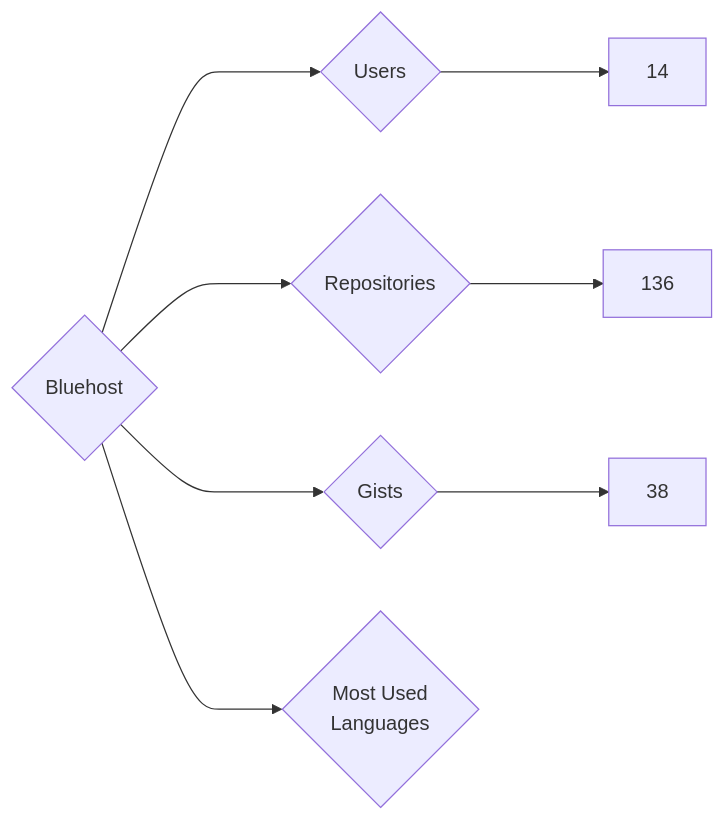
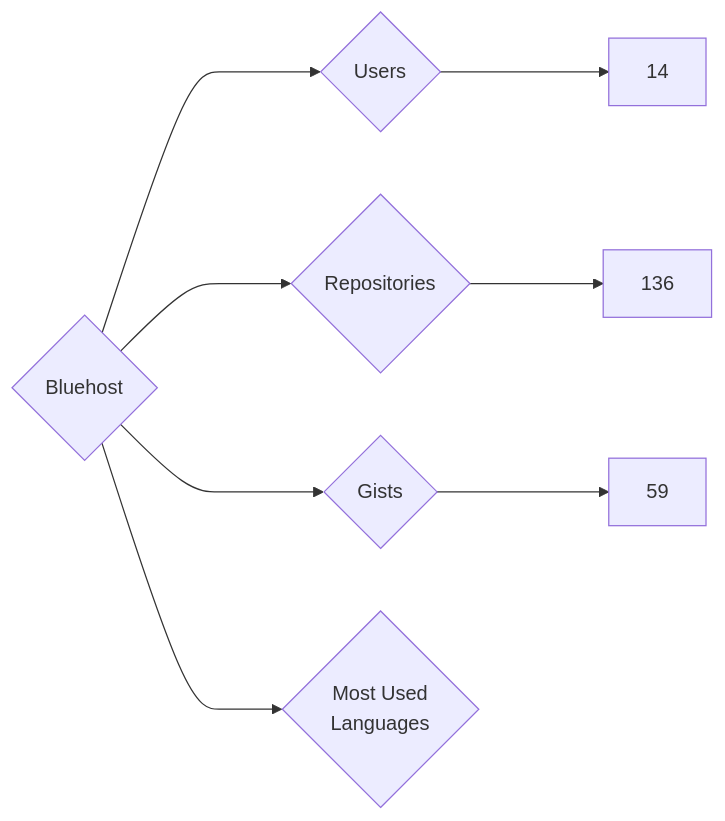
One commit to nenadzaric/insiders changed the diagram in targets/Bluehost/README.md. Above: the diagram before and after it, drawn with Mermaid. The commit also changed 1342 other files, not shown here.

````diff
--- a/targets/Bluehost/README.md
+++ b/targets/Bluehost/README.md
@@ -3,8 +3,8 @@
 ```mermaid
 graph LR
 COMPANY_NAME{Bluehost}
 COMPANY_NAME ---> U{Users} ---> UN[14]
 COMPANY_NAME ---> R{Repositories} ---> RN[136]
-COMPANY_NAME ---> G{Gists} ---> GN[38]
+COMPANY_NAME ---> G{Gists} ---> GN[59]
 COMPANY_NAME ---> ML{Most Used<br>Languages}
 ```
````
